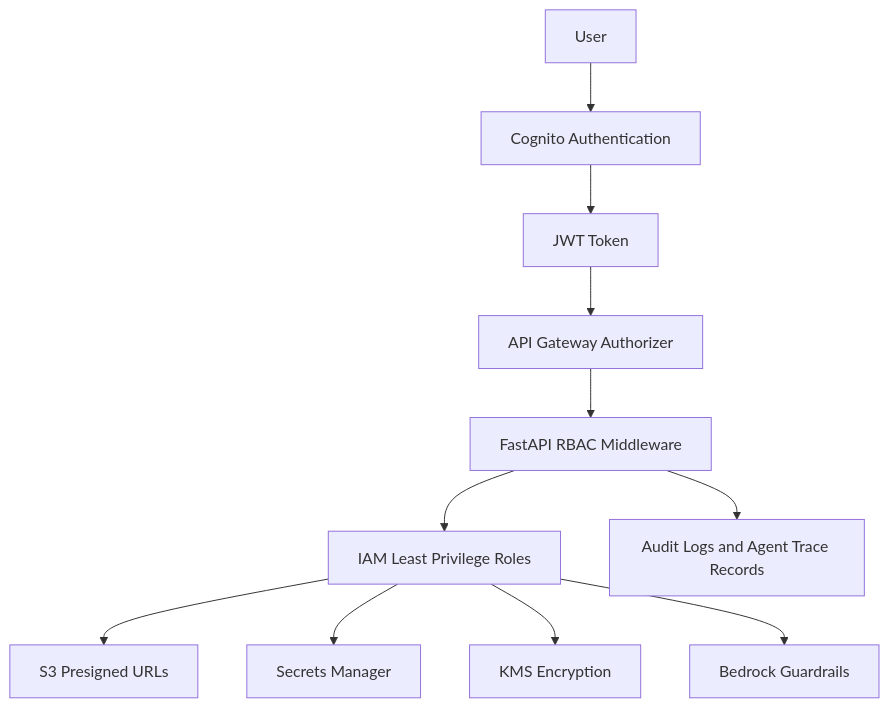
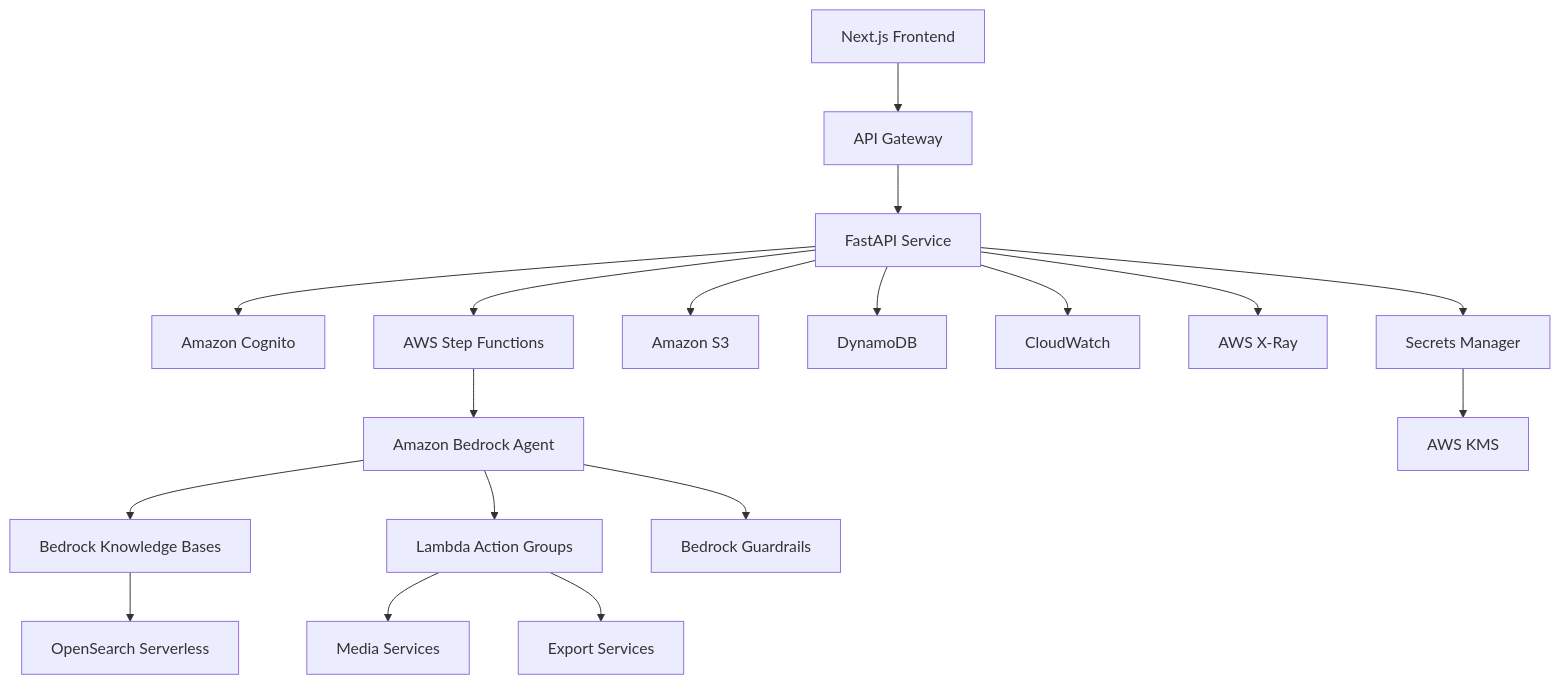
One commit to SwapnilMundhekar/WebCut.ai-CreativeOps-Agent-Platform changed the fourth of 8 diagrams in README.md. Above: the diagram before and after it, drawn with Mermaid. The commit also changed other lines of this file, not shown here.

````diff
--- a/README.md
+++ b/README.md
@@ -382,13 +182,24 @@
 ```mermaid
-flowchart TB
-    USER[User] --> COG[Cognito Authentication]
-    COG --> TOKEN[JWT Token]
-    TOKEN --> GATEWAY[API Gateway Authorizer]
-    GATEWAY --> RBAC[FastAPI RBAC Middleware]
-    RBAC --> IAM[IAM Least Privilege Roles]
-    IAM --> S3[S3 Presigned URLs]
-    IAM --> SECRETS[Secrets Manager]
-    IAM --> KMS[KMS Encryption]
-    IAM --> BEDROCK[Bedrock Guardrails]
-    RBAC --> AUDIT[Audit Logs and Agent Trace Records]
+flowchart TD
+    A[Next.js Frontend] --> B[API Gateway]
+    B --> C[FastAPI Service]
+
+    C --> D[Amazon Cognito]
+    C --> E[AWS Step Functions]
+    C --> F[Amazon S3]
+    C --> G[DynamoDB]
+
+    E --> H[Amazon Bedrock Agent]
+    H --> I[Bedrock Knowledge Bases]
+    H --> J[Lambda Action Groups]
+    H --> K[Bedrock Guardrails]
+
+    I --> L[OpenSearch Serverless]
+    J --> M[Media Services]
+    J --> N[Export Services]
+
+    C --> O[CloudWatch]
+    C --> P[AWS X-Ray]
+    C --> Q[Secrets Manager]
+    Q --> R[AWS KMS]
 ```
````
